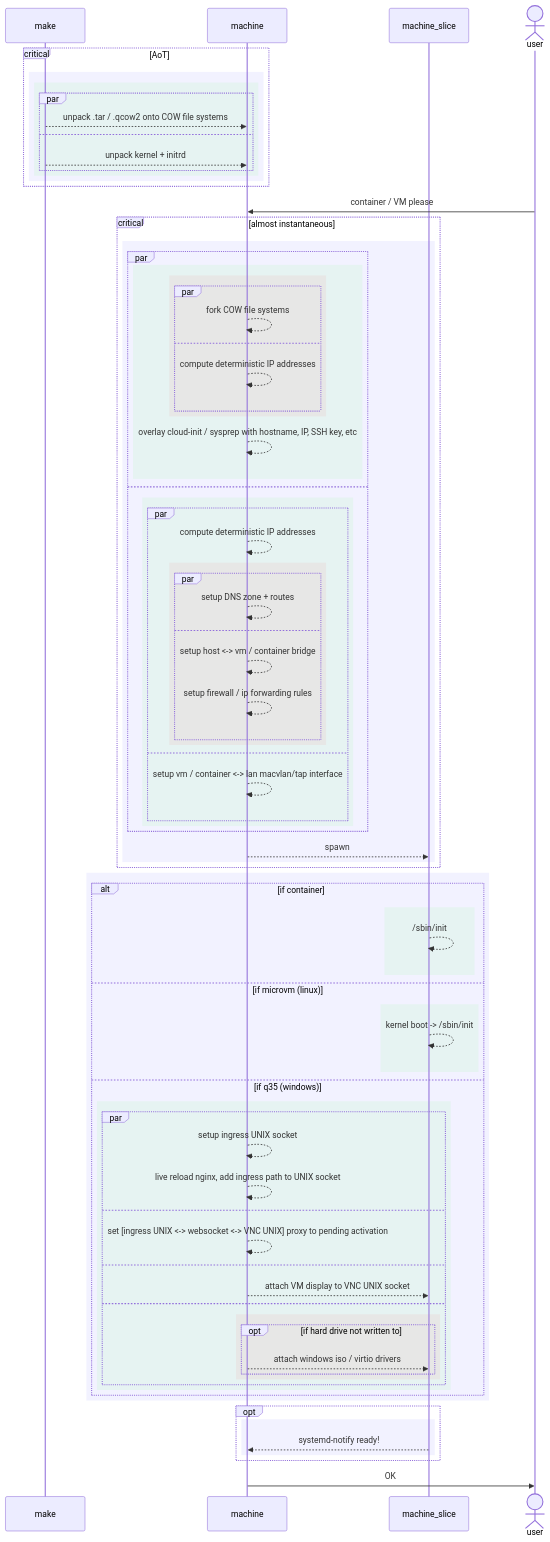
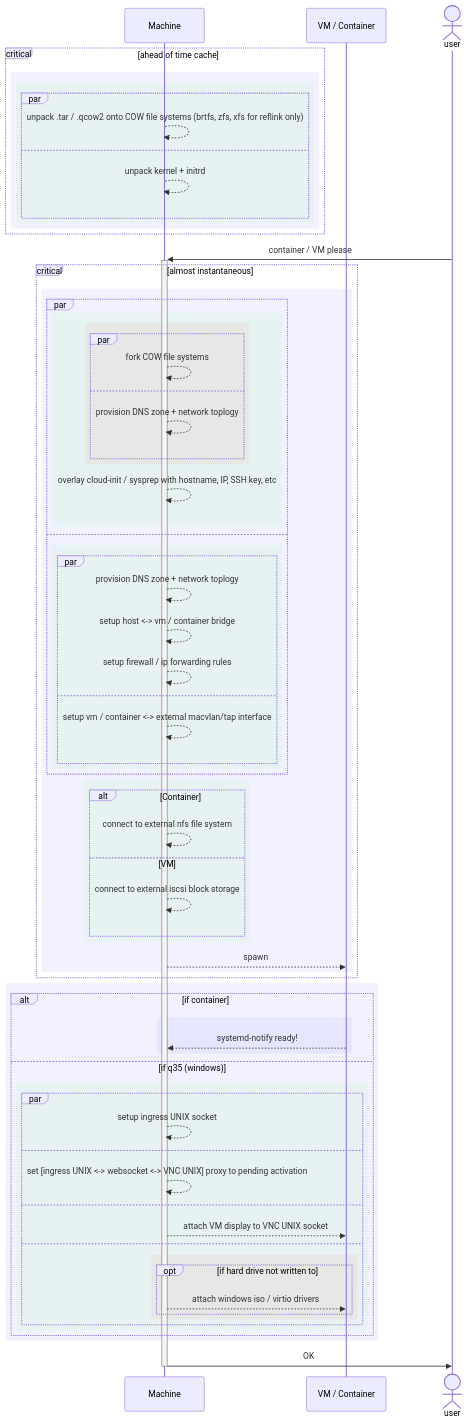
Before and after one commit to ms-jpq/lab: the first of 2 diagrams in doc/PRIVATE_CLOUD.md, drawn with Mermaid. The commit also changed other lines of this file and 2 other files, not shown here.

Commit message:
more docs

````diff
--- a/doc/PRIVATE_CLOUD.md
+++ b/doc/PRIVATE_CLOUD.md
@@ -5,23 +13,22 @@
 ```mermaid
 sequenceDiagram
-  participant make
-  participant machine
-  participant machine_slice
+  participant machine as Machine
+  participant machine_slice as VM / Container
   actor user
 
-  critical AoT
+  critical ahead of time cache
     rect rgba(0, 0, 255, 0.05)
       rect rgba(0, 255, 0, 0.05)
         par
-          make-->>machine : unpack .tar / .qcow2 onto COW file systems
+          machine-->>machine : unpack .tar / .qcow2 onto COW file systems (brtfs, zfs, xfs for reflink only)
         and
-          make-->>machine : unpack kernel + initrd
+          machine-->>machine : unpack kernel + initrd
         end
       end
     end
   end
 
-  user->>machine : container / VM please
+  user->>+machine : container / VM please
 
   critical almost instantaneous
     rect rgba(0, 0, 255, 0.05)
@@ -31,7 +38,7 @@
             par
               machine-->>machine : fork COW file systems
             and
-              machine-->>machine : compute deterministic IP addresses
+              machine-->>machine : provision DNS zone + network toplogy
             end
           end
           machine-->>machine : overlay cloud-init / sysprep with hostname, IP, SSH key, etc
@@ -39,39 +46,34 @@
       and
         rect rgba(0, 255, 0, 0.05)
           par
-            machine-->>machine : compute deterministic IP addresses
-            rect rgba(255, 0, 0, 0.05)
-              par
-                machine-->>machine : setup DNS zone + routes
-              and
-                machine-->>machine : setup host <-> vm / container bridge
-                machine-->>machine : setup firewall / ip forwarding rules
-              end
-            end
+            machine-->>machine : provision DNS zone + network toplogy
+            machine-->>machine : setup host <-> vm / container bridge
+            machine-->>machine : setup firewall / ip forwarding rules
           and
-            machine-->>machine : setup vm / container <-> lan macvlan/tap interface
+            machine-->>machine : setup vm / container <-> external macvlan/tap interface
           end
         end
       end
-
+      rect rgba(0, 255, 0, 0.05)
+        alt Container
+          machine-->>machine : connect to external nfs file system
+        else VM
+          machine-->>machine : connect to external iscsi block storage
+        end
+      end
       machine-->>machine_slice : spawn
     end
   end
 
   rect rgba(0, 0, 255, 0.05)
     alt if container
-      rect rgba(0, 255, 0, 0.05)
-        machine_slice-->>machine_slice : /sbin/init
-      end
-    else if microvm (linux)
-      rect rgba(0, 255, 0, 0.05)
-        machine_slice-->>machine_slice : kernel boot -> /sbin/init
+      rect rgba(0, 0, 255, 0.05)
+        machine_slice-->>machine : systemd-notify ready!
       end
     else if q35 (windows)
       rect rgba(0, 255, 0, 0.05)
         par
           machine-->>machine : setup ingress UNIX socket
-          machine-->>machine : live reload nginx, add ingress path to UNIX socket
         and
           machine-->>machine : set [ingress UNIX <-> websocket <-> VNC UNIX] proxy to pending activation
         and
@@ -87,11 +89,5 @@
     end
   end
 
-  opt
-    rect rgba(0, 0, 255, 0.05)
-      machine_slice-->>machine : systemd-notify ready!
-    end
-  end
-
-  machine->>user : OK
+  machine->>-user : OK
 ```
````
